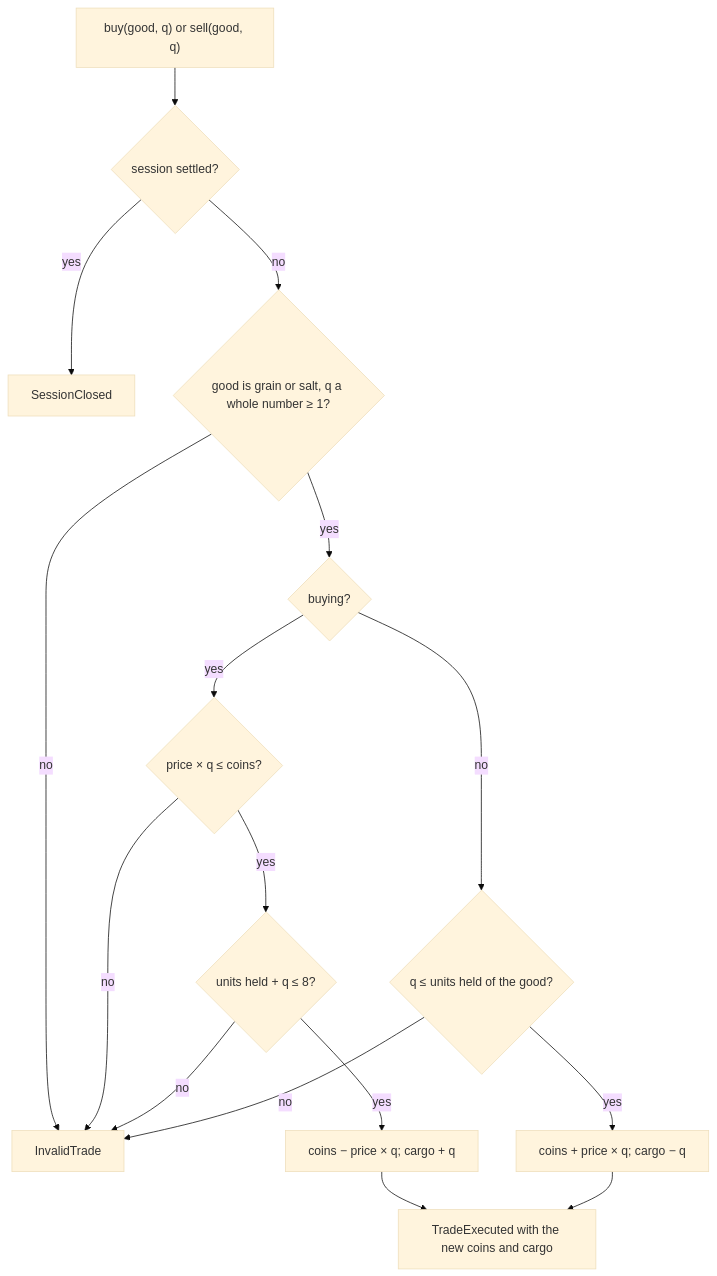
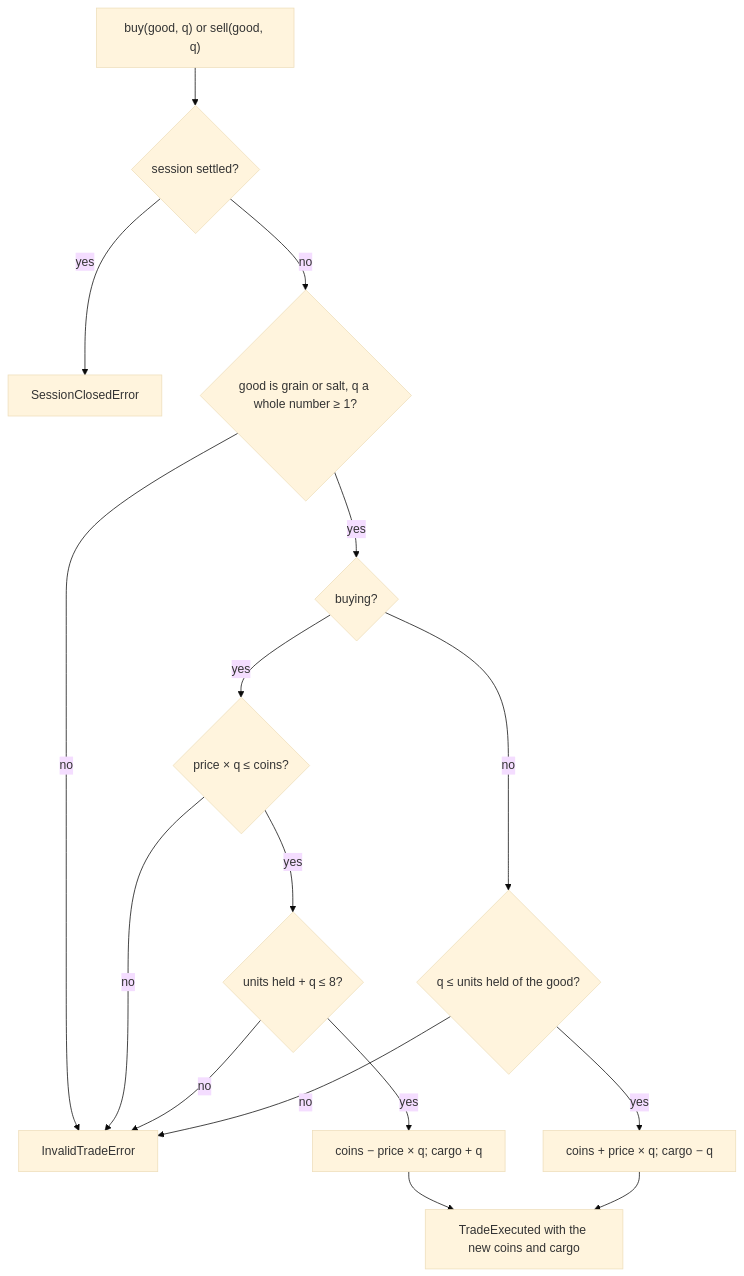
One commit to TM-59/harbor-market changed the second of 2 diagrams in docs/theory/01-values-and-trades.md. Above: the diagram before and after it, drawn with Mermaid (base theme). The commit also changed other lines of this file and 11 other files, not shown here.

````diff
--- a/docs/theory/01-values-and-trades.md
+++ b/docs/theory/01-values-and-trades.md
@@ -131,18 +131,18 @@
 ```mermaid
 flowchart TD
     A["buy(good, q) or sell(good, q)"] --> B{"session settled?"}
-    B -- yes --> X1["SessionClosed"]
+    B -- yes --> X1["SessionClosedError"]
     B -- no --> C{"good is grain or salt, q a whole number ≥ 1?"}
-    C -- no --> X2["InvalidTrade"]
+    C -- no --> X2["InvalidTradeError"]
     C -- yes --> D{"buying?"}
     D -- yes --> E{"price × q ≤ coins?"}
     E -- no --> X2
     E -- yes --> F{"units held + q ≤ 8?"}
     F -- no --> X2
     F -- yes --> G["coins − price × q; cargo + q"]
     D -- no --> H{"q ≤ units held of the good?"}
     H -- no --> X2
     H -- yes --> I["coins + price × q; cargo − q"]
     G --> J["TradeExecuted with the new coins and cargo"]
     I --> J
 ```
````
